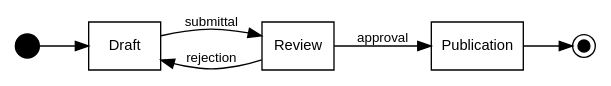
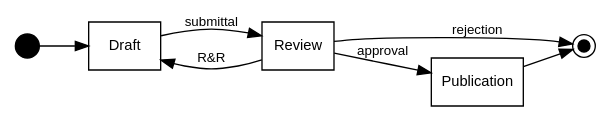
One commit to int-brain-lab/bpod-core changed the third of 4 diagrams in docs/source/state_machines/index.rst. Above: the diagram before and after it, drawn with Graphviz. The commit also changed other lines of this file, not shown here.

```diff
--- a/docs/source/state_machines/index.rst
+++ b/docs/source/state_machines/index.rst
@@ -60,23 +60,24 @@
 .. graphviz::
    :align: center
    :caption: If only the reviewers ever agreed ...
 
    digraph example {
        rankdir=LR;
        node [shape=rectangle, fontname="Helvetica, sans-serif", fontsize=11];
        edge [fontname="Helvetica, sans-serif", fontsize=10];
 
        s [label="", shape=circle, style=filled, fillcolor=black, width=0.25];
        x [label="", shape=doublecircle, style=filled, fillcolor=black, width=0.125];
 
        a [label="Draft"];
        b [label="Review"];
        c [label="Publication"];
 
        s -> a
        a -> b [label="submittal"];
        a -> b [style="invis"];
-       b -> a [label="rejection"];
+       b -> a [label="R&R"];
        b -> c [label="approval"];
+       b -> x [label="rejection"];
        c -> x
    }
```
